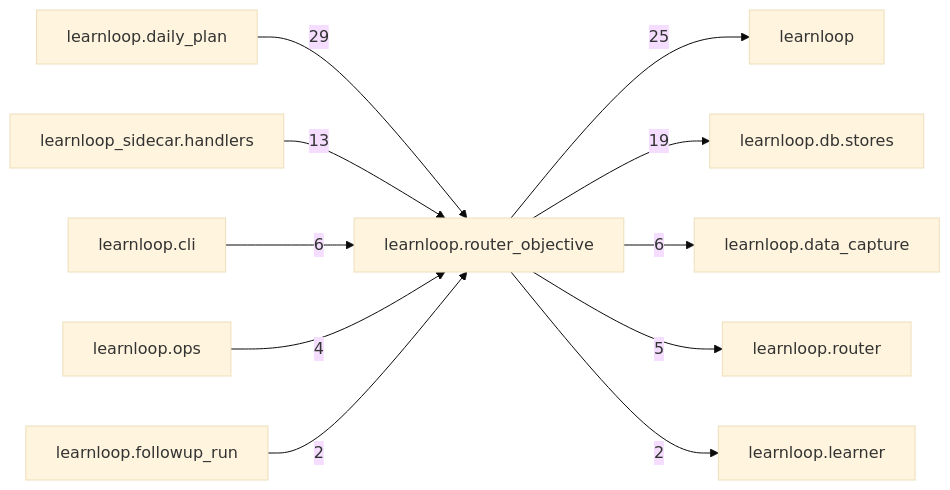
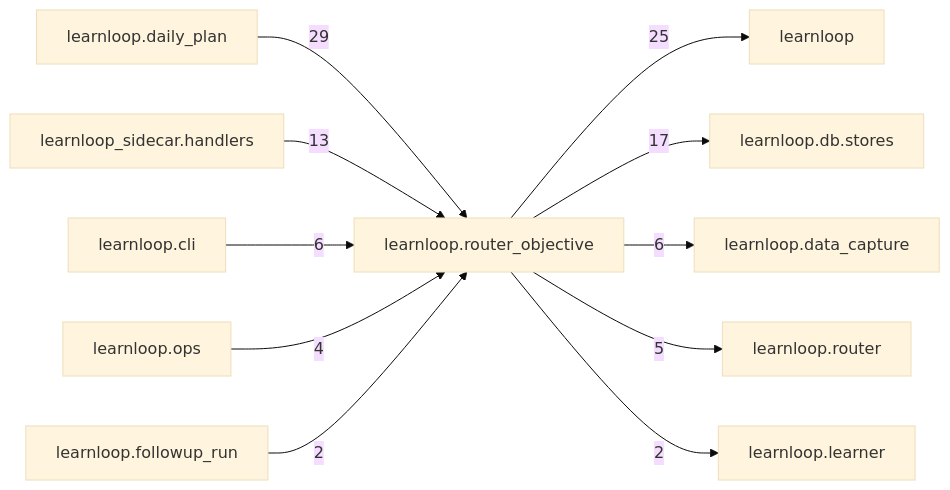
The diagram in docs/learnloop-architecture-vault/Reference/Modules/learnloop/router_objective/_package.md (6up-b/learnanything), drawn with Mermaid (base theme) before and after one commit. The commit also changed other lines of this file and 49 other files, not shown here.

````diff
--- a/docs/learnloop-architecture-vault/Reference/Modules/learnloop/router_objective/_package.md
+++ b/docs/learnloop-architecture-vault/Reference/Modules/learnloop/router_objective/_package.md
@@ -149,24 +149,24 @@
 ```mermaid
 flowchart LR
     center["learnloop.router_objective"]
     n_learnloop_daily_plan["learnloop.daily_plan"]
     n_learnloop["learnloop"]
     n_learnloop_db_stores["learnloop.db.stores"]
     n_learnloop_sidecar_handlers["learnloop_sidecar.handlers"]
     n_learnloop_cli["learnloop.cli"]
     n_learnloop_data_capture["learnloop.data_capture"]
     n_learnloop_router["learnloop.router"]
     n_learnloop_ops["learnloop.ops"]
     n_learnloop_followup_run["learnloop.followup_run"]
     n_learnloop_learner["learnloop.learner"]
     n_learnloop_daily_plan -->|29| center
     center -->|25| n_learnloop
-    center -->|19| n_learnloop_db_stores
+    center -->|17| n_learnloop_db_stores
     n_learnloop_sidecar_handlers -->|13| center
     n_learnloop_cli -->|6| center
     center -->|6| n_learnloop_data_capture
     center -->|5| n_learnloop_router
     n_learnloop_ops -->|4| center
     n_learnloop_followup_run -->|2| center
     center -->|2| n_learnloop_learner
 ```
````
